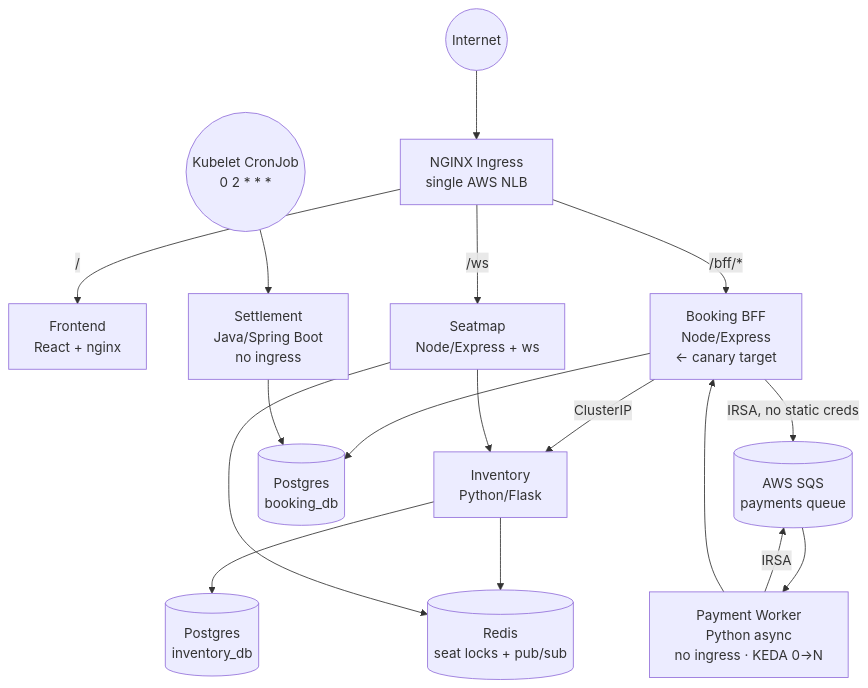
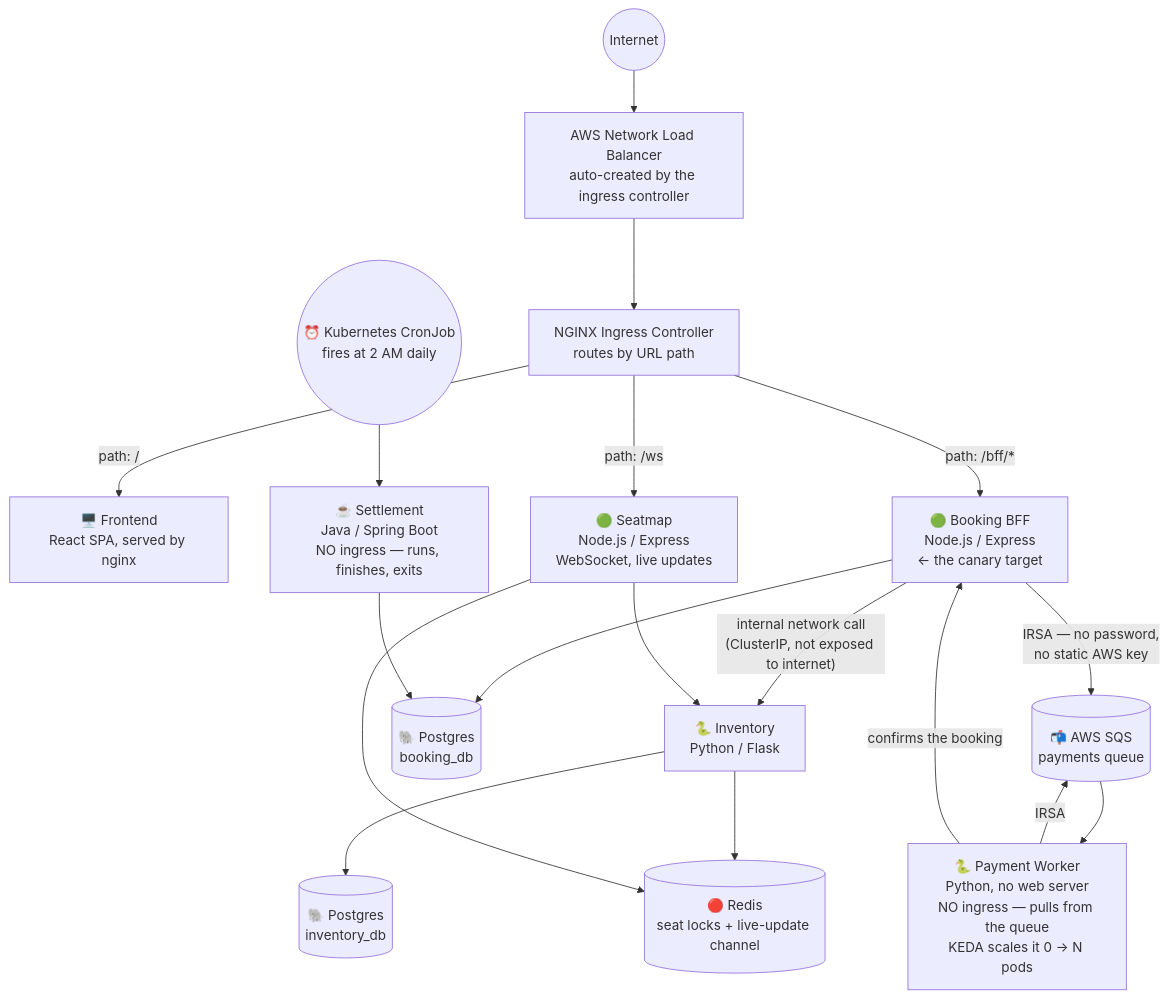
The third of 6 diagrams in README.md (Pavanteja-001/Devops-Booking), drawn with Mermaid before and after one commit. The commit also changed other lines of this file, not shown here.

First line of the commit message:
Rewrite README for beginners: explained microservices, VPC/networking, and every step with diagrams

````diff
--- a/README.md
+++ b/README.md
@@ -18,25 +106,26 @@
 ```mermaid
 flowchart TD
-    Internet((Internet)) --> ALB[NGINX Ingress<br/>single AWS NLB]
+    Internet((Internet)) --> ALB[AWS Network Load Balancer<br/>auto-created by the ingress controller]
+    ALB --> Ingress[NGINX Ingress Controller<br/>routes by URL path]
 
-    ALB -->|"/"| Frontend["Frontend<br/>React + nginx"]
-    ALB -->|"/bff/*"| BFF["Booking BFF<br/>Node/Express<br/>← canary target"]
-    ALB -->|"/ws"| Seatmap["Seatmap<br/>Node/Express + ws"]
+    Ingress -->|"path: /"| Frontend["🖥️ Frontend<br/>React SPA, served by nginx"]
+    Ingress -->|"path: /bff/*"| BFF["🟢 Booking BFF<br/>Node.js / Express<br/>← the canary target"]
+    Ingress -->|"path: /ws"| Seatmap["🟢 Seatmap<br/>Node.js / Express<br/>WebSocket, live updates"]
 
-    BFF -->|ClusterIP| Inventory["Inventory<br/>Python/Flask"]
-    BFF --> BookingDB[("Postgres<br/>booking_db")]
-    BFF -->|IRSA, no static creds| SQS[("AWS SQS<br/>payments queue")]
+    BFF -->|"internal network call<br/>(ClusterIP, not exposed to internet)"| Inventory["🐍 Inventory<br/>Python / Flask"]
+    BFF --> BookingDB[("🐘 Postgres<br/>booking_db")]
+    BFF -->|"IRSA — no password,<br/>no static AWS key"| SQS[("📬 AWS SQS<br/>payments queue")]
 
-    Inventory --> InventoryDB[("Postgres<br/>inventory_db")]
-    Inventory --> Redis[("Redis<br/>seat locks + pub/sub")]
+    Inventory --> InventoryDB[("🐘 Postgres<br/>inventory_db")]
+    Inventory --> Redis[("🔴 Redis<br/>seat locks + live-update channel")]
 
     Seatmap --> Inventory
     Seatmap --> Redis
 
-    SQS --> Worker["Payment Worker<br/>Python async<br/>no ingress · KEDA 0→N"]
+    SQS --> Worker["🐍 Payment Worker<br/>Python, no web server<br/>NO ingress — pulls from the queue<br/>KEDA scales it 0 → N pods"]
     Worker -->|IRSA| SQS
-    Worker --> BFF
+    Worker -->|"confirms the booking"| BFF
 
-    Cron(("Kubelet CronJob<br/>0 2 * * *")) --> Settlement["Settlement<br/>Java/Spring Boot<br/>no ingress"]
+    Cron(("⏰ Kubernetes CronJob<br/>fires at 2 AM daily")) --> Settlement["☕ Settlement<br/>Java / Spring Boot<br/>NO ingress — runs, finishes, exits"]
     Settlement --> BookingDB
 ```
````
